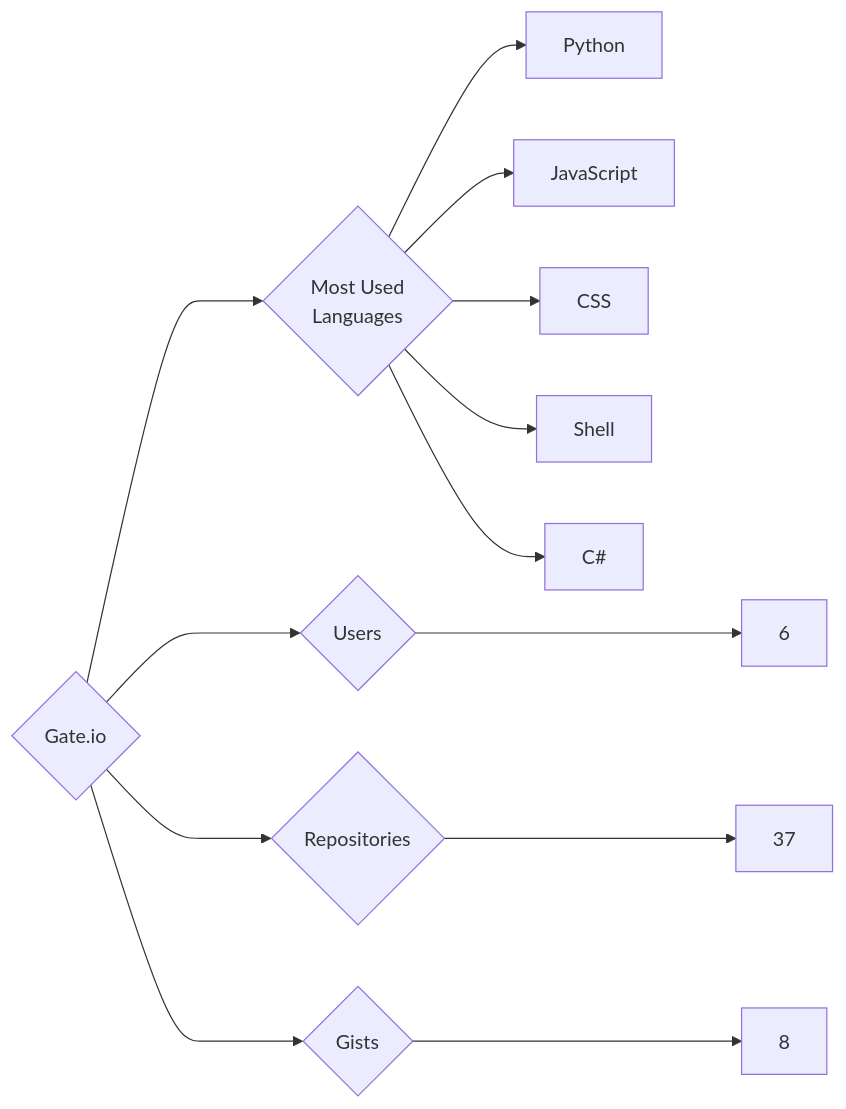
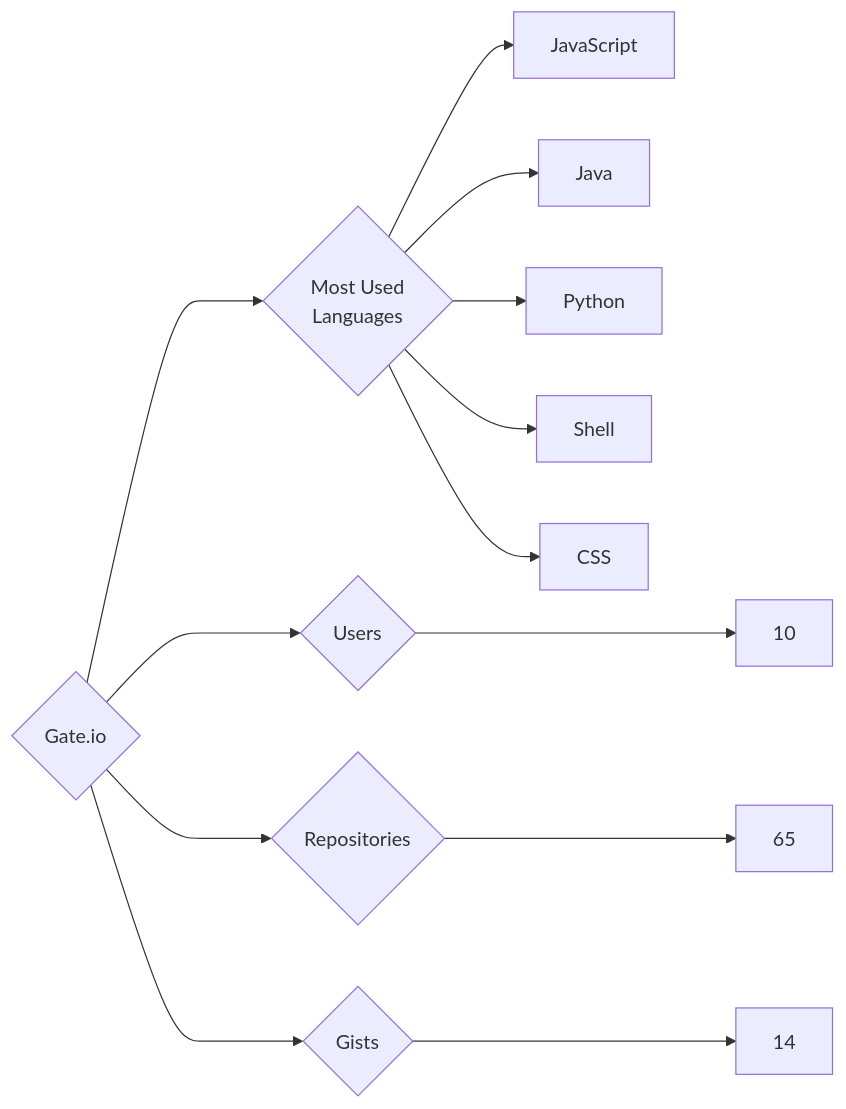
The diagram in targets/Gate.io/README.md (trickest/insiders), drawn with Mermaid before and after one commit. The commit also changed 985 other files, not shown here.

````diff
--- a/targets/Gate.io/README.md
+++ b/targets/Gate.io/README.md
@@ -3,13 +3,13 @@
 ```mermaid
 graph LR
 COMPANY_NAME{Gate.io}
-COMPANY_NAME ---> U{Users} ---> UN[6]
-COMPANY_NAME ---> R{Repositories} ---> RN[37]
-COMPANY_NAME ---> G{Gists} ---> GN[8]
+COMPANY_NAME ---> U{Users} ---> UN[10]
+COMPANY_NAME ---> R{Repositories} ---> RN[65]
+COMPANY_NAME ---> G{Gists} ---> GN[14]
 COMPANY_NAME ---> ML{Most Used<br>Languages}
+ML --> JavaScript[JavaScript]
+ML --> Java[Java]
 ML --> Python[Python]
-ML --> JavaScript[JavaScript]
+ML --> Shell[Shell]
 ML --> CSS[CSS]
-ML --> Shell[Shell]
-ML --> C#[C#]
 ```
````
